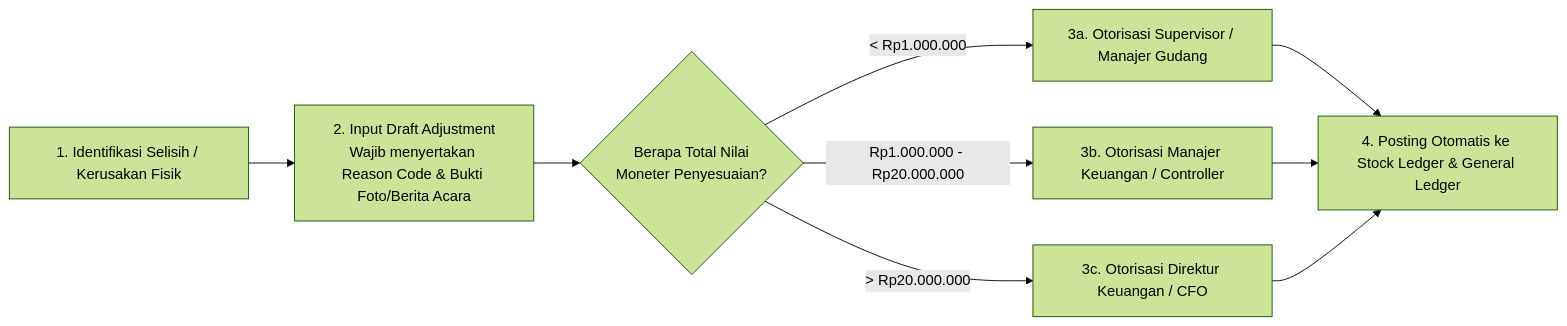
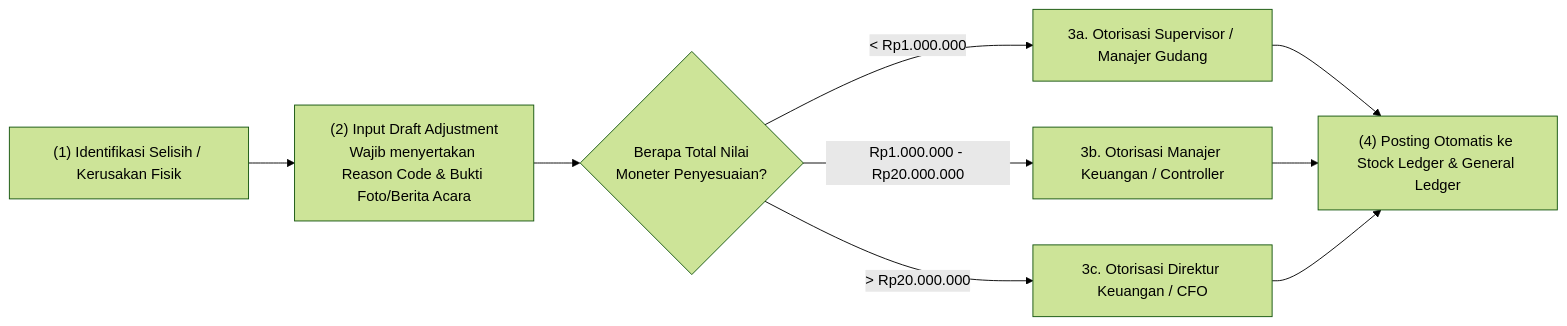
Before and after one commit to alimurrofid/erp-notes: the second of 2 diagrams in content/05-inventory/inventory-adjustment.md, drawn with Mermaid (forest theme). The commit also changed other lines of this file and 132 other files, not shown here.

````diff
--- a/content/05-inventory/inventory-adjustment.md
+++ b/content/05-inventory/inventory-adjustment.md
@@ -74,14 +74,14 @@
 ```mermaid
 flowchart LR
-    Detect["1. Identifikasi Selisih / Kerusakan Fisik"]
-    --> Draft["2. Input Draft Adjustment<br/>Wajib menyertakan Reason Code & Bukti Foto/Berita Acara"]
+    Detect["(1) Identifikasi Selisih / Kerusakan Fisik"]
+    --> Draft["(2) Input Draft Adjustment<br/>Wajib menyertakan Reason Code & Bukti Foto/Berita Acara"]
     --> ValueCheck{Berapa Total Nilai<br/>Moneter Penyesuaian?}
     
     ValueCheck -- "< Rp1.000.000" --> WHMgr["3a. Otorisasi Supervisor / Manajer Gudang"]
     ValueCheck -- "Rp1.000.000 - Rp20.000.000" --> FinMgr["3b. Otorisasi Manajer Keuangan / Controller"]
     ValueCheck -- "> Rp20.000.000" --> Dir["3c. Otorisasi Direktur Keuangan / CFO"]
     
-    WHMgr --> Post["4. Posting Otomatis ke Stock Ledger & General Ledger"]
+    WHMgr --> Post["(4) Posting Otomatis ke Stock Ledger & General Ledger"]
     FinMgr --> Post
     Dir --> Post
 ```
````
